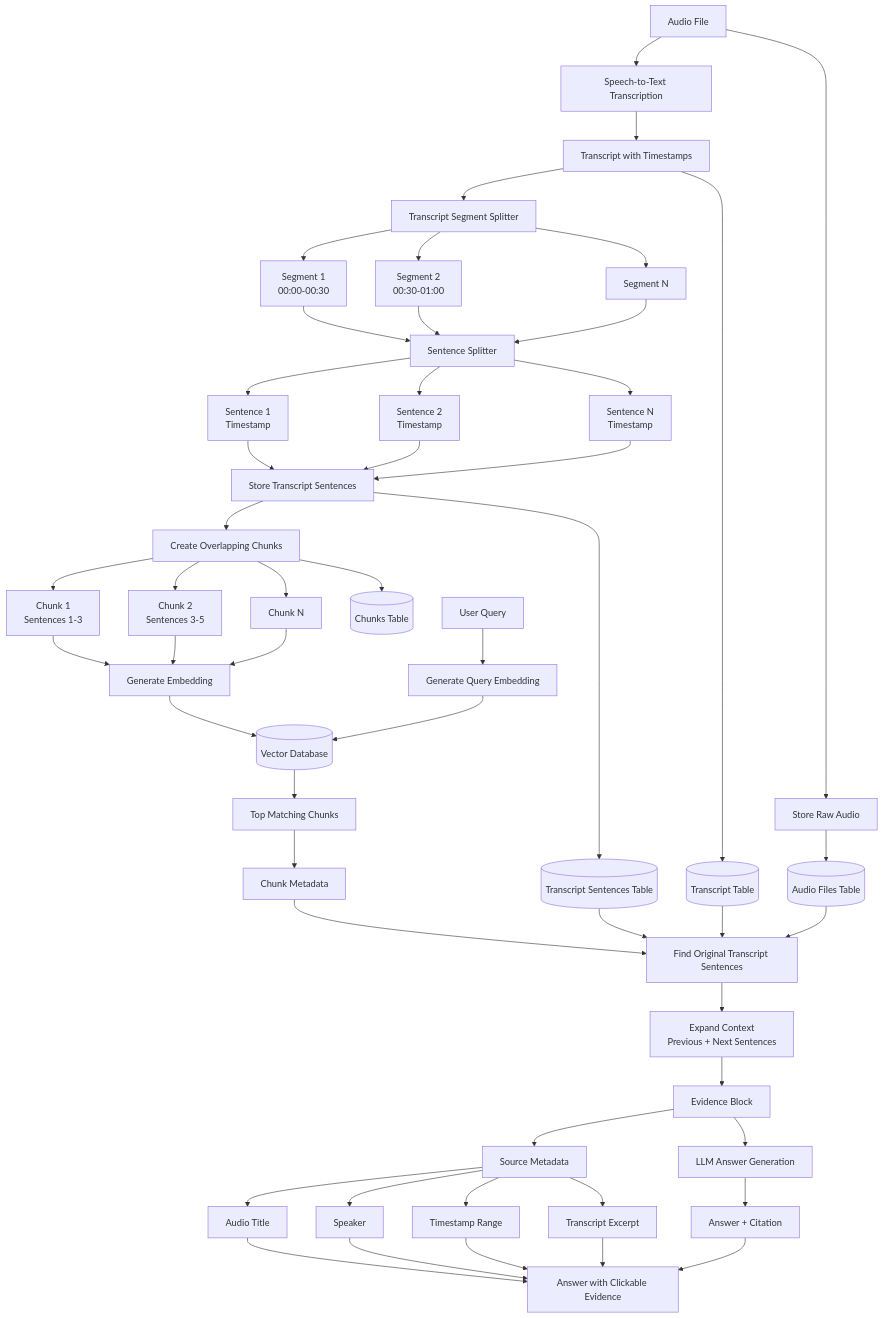
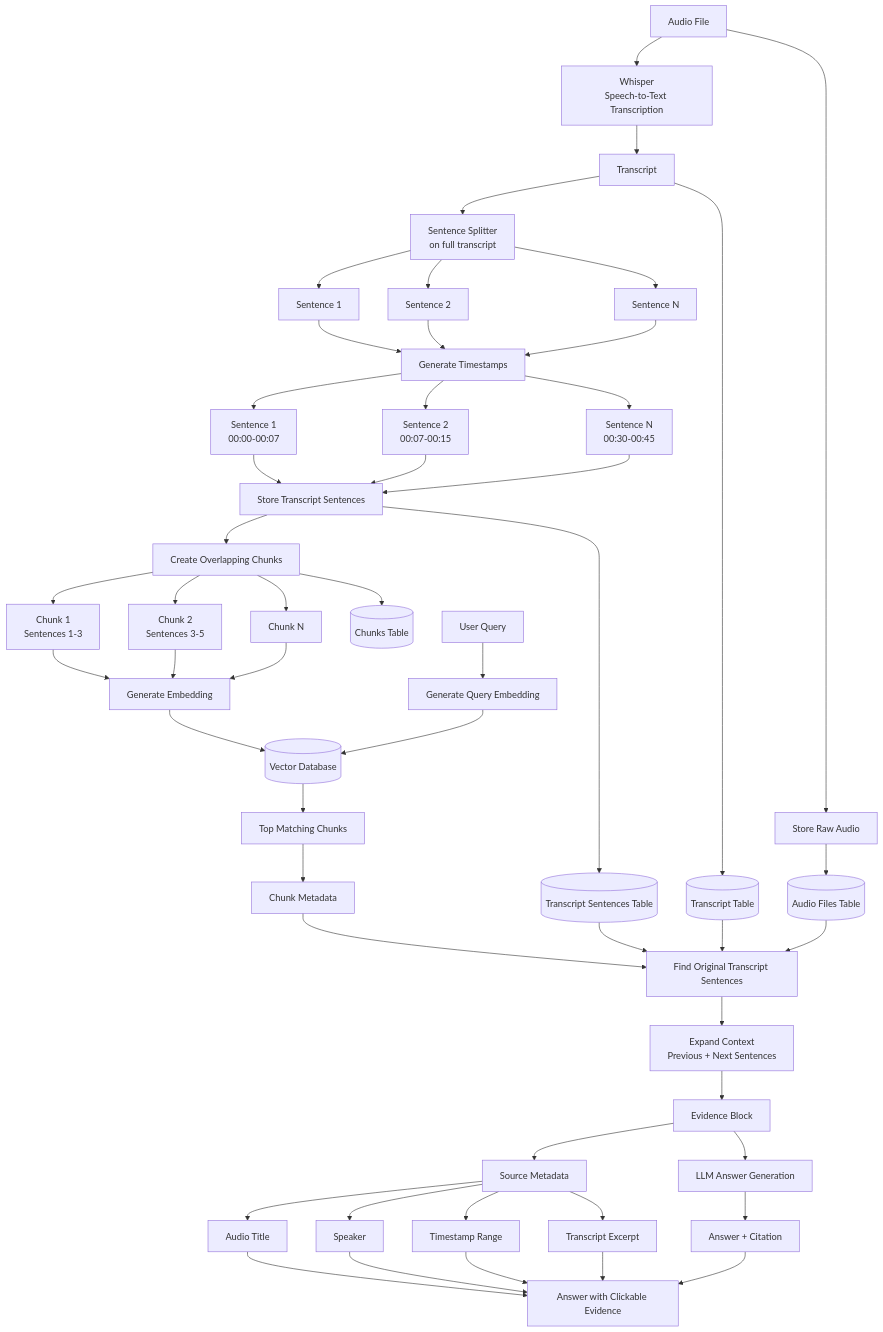
Before and after one commit to harshraji3/video-download: the diagram in audio_architecture.mmd, drawn with Mermaid. The commit also changed 3 other files, not shown here.

Commit message:
updated architecture a bit

```diff
--- a/audio_architecture.mmd
+++ b/audio_architecture.mmd
@@ -1,81 +1,82 @@
 flowchart TD
 
   %% INGESTION
   A[Audio File] --> B[Store Raw Audio]
 
-  A --> C[Speech-to-Text Transcription]
+  A --> C[Whisper<br/>Speech-to-Text Transcription]
 
-  C --> D[Transcript with Timestamps]
+  C --> D[Transcript]
 
-  D --> E[Transcript Segment Splitter]
+  D --> E[Sentence Splitter<br/>on full transcript]
 
-  E --> F1[Segment 1<br/>00:00-00:30]
-  E --> F2[Segment 2<br/>00:30-01:00]
-  E --> F3[Segment N]
+  E --> F1[Sentence 1]
+  E --> F2[Sentence 2]
+  E --> F3[Sentence N]
 
-  F1 --> G[Sentence Splitter]
+
+  F1 --> G[Generate Timestamps]
   F2 --> G
   F3 --> G
 
-  G --> H1[Sentence 1<br/>Timestamp]
-  G --> H2[Sentence 2<br/>Timestamp]
-  G --> H3[Sentence N<br/>Timestamp]
+  G --> H1[Sentence 1<br/>00:00-00:07]
+  G --> H2[Sentence 2<br/>00:07-00:15]
+  G --> H3[Sentence N<br/>00:30-00:45]
 
   H1 --> I[Store Transcript Sentences]
   H2 --> I
   H3 --> I
 
   I --> J[Create Overlapping Chunks]
 
   J --> K1[Chunk 1<br/>Sentences 1-3]
   J --> K2[Chunk 2<br/>Sentences 3-5]
   J --> K3[Chunk N]
 
   K1 --> L[Generate Embedding]
   K2 --> L
   K3 --> L
 
   L --> M[(Vector Database)]
 
   B --> N[(Audio Files Table)]
   D --> O[(Transcript Table)]
   I --> P[(Transcript Sentences Table)]
   J --> Q[(Chunks Table)]
 
   %% RETRIEVAL
   R[User Query] --> S[Generate Query Embedding]
 
   S --> M
 
   M --> T[Top Matching Chunks]
 
   T --> U[Chunk Metadata]
 
   U --> V[Find Original Transcript Sentences]
 
   P --> V
   O --> V
   N --> V
 
   V --> W[Expand Context<br/>Previous + Next Sentences]
 
   W --> X[Evidence Block]
 
   X --> Y[LLM Answer Generation]
 
   Y --> Z[Answer + Citation]
 
   %% TRACEABILITY
   X --> AA[Source Metadata]
 
   AA --> AB[Audio Title]
   AA --> AC[Speaker]
   AA --> AD[Timestamp Range]
   AA --> AE[Transcript Excerpt]
 
   AB[Audio Title] --> AF[Answer with Clickable Evidence]
   AC[Speaker] --> AF[Answer with Clickable Evidence]
   AD[Timestamp Range] --> AF[Answer with Clickable Evidence]
   AE[Transcript Excerpt] --> AF[Answer with Clickable Evidence]
 
   Z --> AF[Answer with Clickable Evidence]
```
